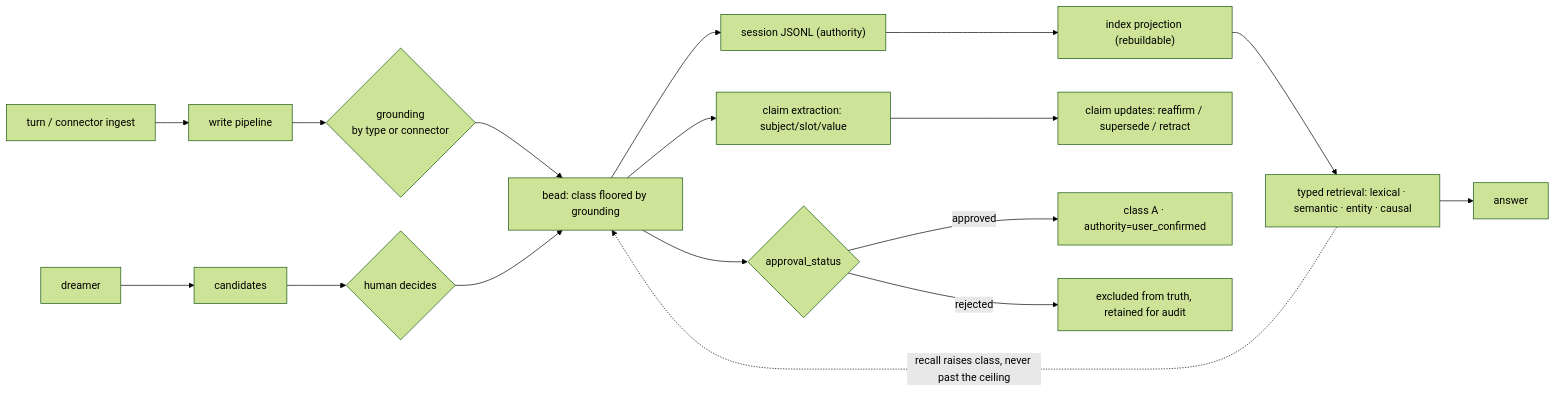
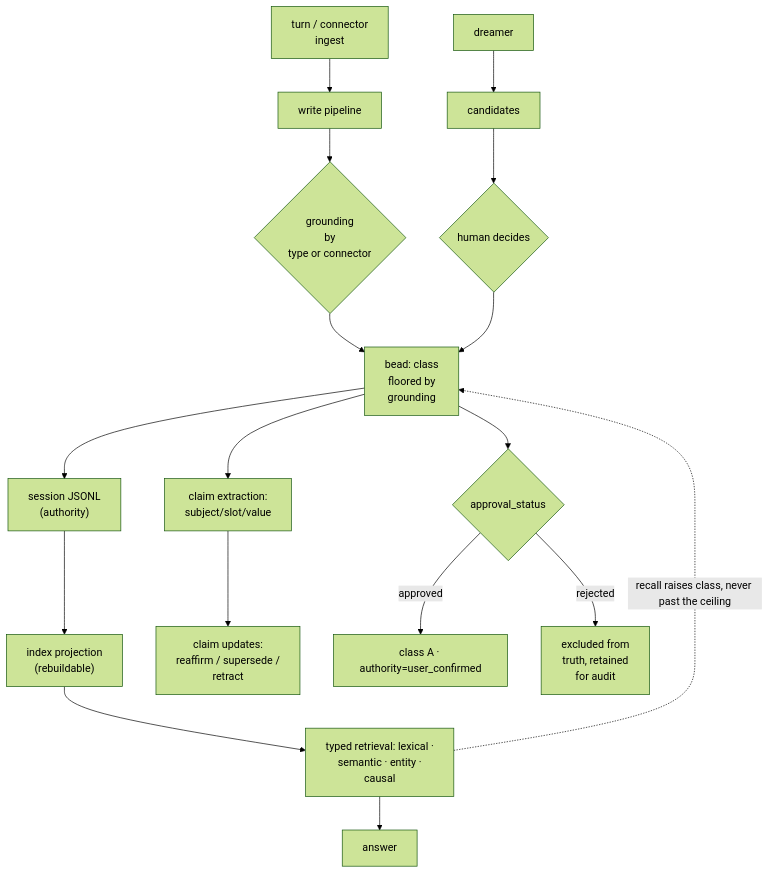
Before and after one commit to neoneye/agent-memory-atlas: the diagram in content/systems/core-memory.md, drawn with Mermaid (forest theme). The commit also changed 99 other files, not shown here.

First line of the commit message:
Reshape the remaining 49 diagrams so their labels are legible

````diff
--- a/content/systems/core-memory.md
+++ b/content/systems/core-memory.md
@@ -129,19 +129,19 @@
 ```mermaid
-flowchart LR
-  Turn["turn / connector ingest"] --> WP["write pipeline"]
-  WP --> G{"grounding\nby type or connector"}
-  G --> Bead["bead: class floored by grounding"]
-  Bead --> Store["session JSONL (authority)"]
-  Store --> Proj["index projection (rebuildable)"]
-  Bead --> Claims["claim extraction: subject/slot/value"]
-  Claims --> CU["claim updates: reaffirm / supersede / retract"]
-  Proj --> Ret["typed retrieval: lexical · semantic · entity · causal"]
+flowchart TD
+  Turn["turn / connector<br/>ingest"] --> WP["write pipeline"]
+  WP --> G{"grounding\nby<br/>type or connector"}
+  G --> Bead["bead: class<br/>floored by<br/>grounding"]
+  Bead --> Store["session JSONL<br/>(authority)"]
+  Store --> Proj["index projection<br/>(rebuildable)"]
+  Bead --> Claims["claim extraction:<br/>subject/slot/value"]
+  Claims --> CU["claim updates:<br/>reaffirm / supersede /<br/>retract"]
+  Proj --> Ret["typed retrieval: lexical ·<br/>semantic · entity ·<br/>causal"]
   Ret --> Answer["answer"]
   Ret -. "recall raises class, never past the ceiling" .-> Bead
   Dream["dreamer"] --> Cand["candidates"]
   Cand --> Human{"human decides"}
   Human --> Bead
   Bead --> Appr{"approval_status"}
   Appr -->|approved| A["class A · authority=user_confirmed"]
-  Appr -->|rejected| Excl["excluded from truth, retained for audit"]
+  Appr -->|rejected| Excl["excluded from<br/>truth, retained<br/>for audit"]
 ```
````
